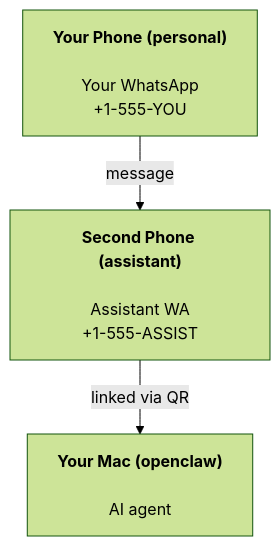
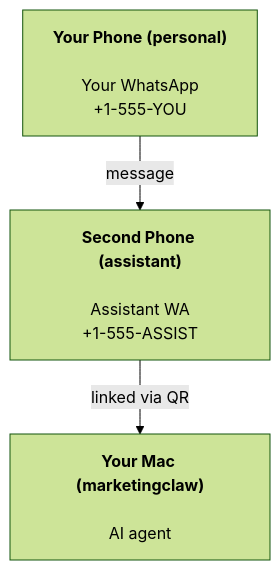
Before and after one commit to promisingcoder/marketingclaw: the diagram in docs/start/marketingclaw.md, drawn with Mermaid (forest theme). The commit also changed other lines of this file and 13921 other files, not shown here.

First line of the commit message:
refactor: rename openclaw->marketingclaw contents (phase 2b)

````diff
--- a/docs/start/marketingclaw.md
+++ b/docs/start/marketingclaw.md
@@ -28,5 +28,5 @@
 ```mermaid
 flowchart TB
     A["<b>Your Phone (personal)<br></b><br>Your WhatsApp<br>+1-555-YOU"] -- message --> B["<b>Second Phone (assistant)<br></b><br>Assistant WA<br>+1-555-ASSIST"]
-    B -- linked via QR --> C["<b>Your Mac (openclaw)<br></b><br>AI agent"]
+    B -- linked via QR --> C["<b>Your Mac (marketingclaw)<br></b><br>AI agent"]
 ```
````
